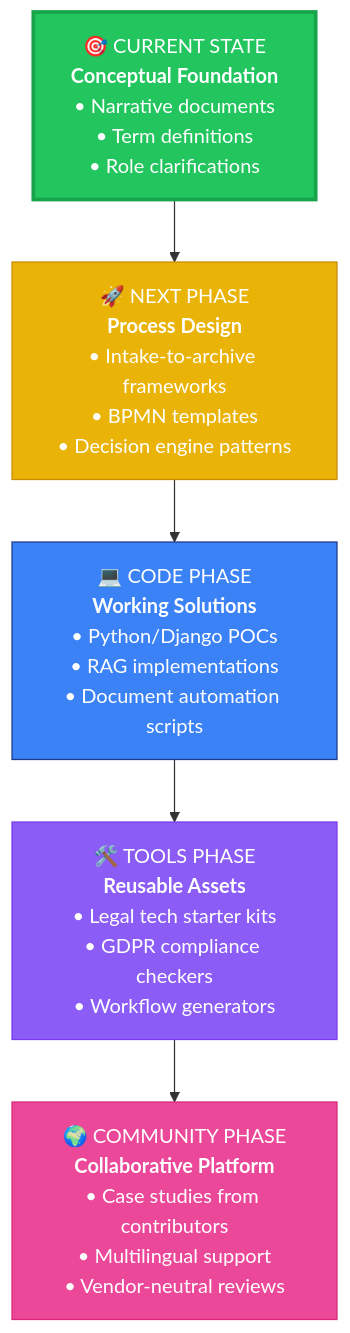
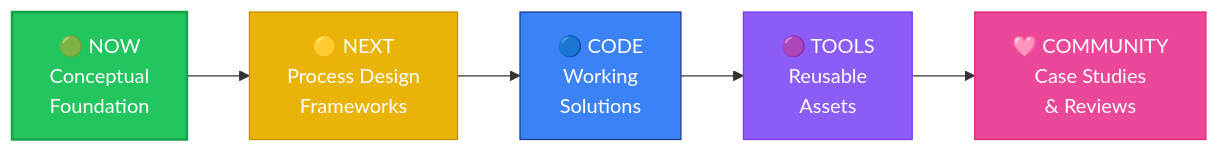
The diagram in README.md (Gudaraz/legal-tech-glossary), drawn with Mermaid before and after one commit. The commit also changed other lines of this file, not shown here.

Commit message:
Reframe as Legal Ops knowledge base with clearer structure tree

````diff
--- a/README.md
+++ b/README.md
@@ -182,20 +159,16 @@
 ```mermaid
-flowchart TD
-    NOW["🎯 CURRENT STATE<br/><b>Conceptual Foundation</b><br/>• Narrative documents<br/>• Term definitions<br/>• Role clarifications"]
+flowchart LR
+    NOW["🟢 NOW<br/>Conceptual<br/>Foundation"]
+    NEXT["🟡 NEXT<br/>Process Design<br/>Frameworks"]
+    CODE["🔵 CODE<br/>Working<br/>Solutions"]
+    TOOLS["🟣 TOOLS<br/>Reusable<br/>Assets"]
+    COMM["🩷 COMMUNITY<br/>Case Studies<br/>& Reviews"]
     
-    NEXT["🚀 NEXT PHASE<br/><b>Process Design</b><br/>• Intake-to-archive frameworks<br/>• BPMN templates<br/>• Decision engine patterns"]
+    NOW --> NEXT --> CODE --> TOOLS --> COMM
     
-    CODE["💻 CODE PHASE<br/><b>Working Solutions</b><br/>• Python/Django POCs<br/>• RAG implementations<br/>• Document automation scripts"]
-    
-    TOOLS["🛠️ TOOLS PHASE<br/><b>Reusable Assets</b><br/>• Legal tech starter kits<br/>• GDPR compliance checkers<br/>• Workflow generators"]
-    
-    COMMUNITY["🌍 COMMUNITY PHASE<br/><b>Collaborative Platform</b><br/>• Case studies from contributors<br/>• Multilingual support<br/>• Vendor-neutral reviews"]
-    
-    NOW --> NEXT --> CODE --> TOOLS --> COMMUNITY
-
-    style NOW fill:#22c55e,stroke:#16a34a,color:#fff,stroke-width:3px
+    style NOW fill:#22c55e,stroke:#16a34a,color:#fff,stroke-width:2px
     style NEXT fill:#eab308,stroke:#ca8a04,color:#fff
     style CODE fill:#3b82f6,stroke:#1e3a8a,color:#fff
     style TOOLS fill:#8b5cf6,stroke:#7c3aed,color:#fff
-    style COMMUNITY fill:#ec4899,stroke:#db2777,color:#fff
+    style COMM fill:#ec4899,stroke:#db2777,color:#fff
 ```
````
